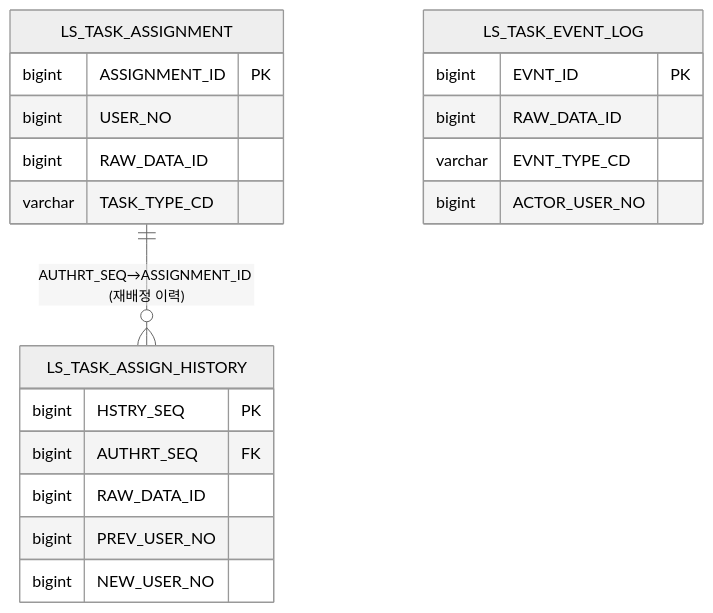
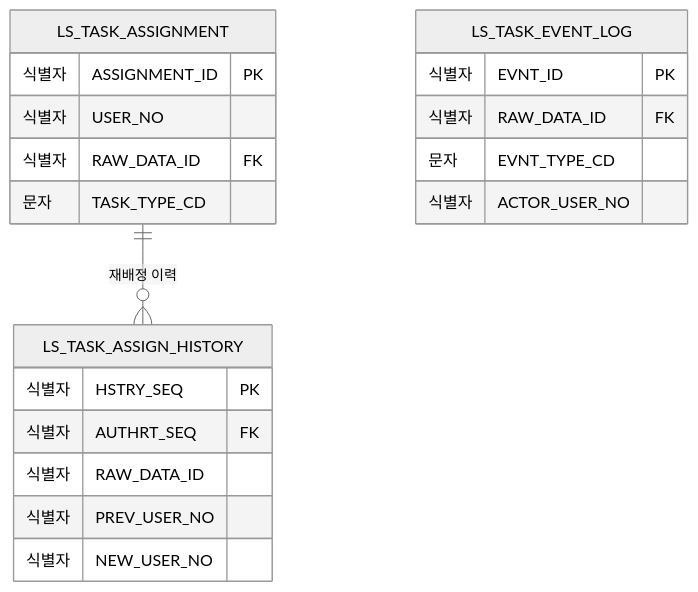
The seventh of 13 diagrams in docs/design/D8-엔티티관계모형설계서.md (New-stella/klid-label), drawn with Mermaid (neutral theme) before and after one commit. The commit also changed other lines of this file and 32 other files, not shown here.

````diff
--- a/docs/design/D8-엔티티관계모형설계서.md
+++ b/docs/design/D8-엔티티관계모형설계서.md
@@ -267,23 +279,23 @@
 ```mermaid
 erDiagram
-    LS_TASK_ASSIGNMENT ||--o{ LS_TASK_ASSIGN_HISTORY : "AUTHRT_SEQ→ASSIGNMENT_ID (재배정 이력)"
+    LS_TASK_ASSIGNMENT ||--o{ LS_TASK_ASSIGN_HISTORY : "재배정 이력"
     LS_TASK_ASSIGNMENT {
-        bigint ASSIGNMENT_ID PK
-        bigint USER_NO
-        bigint RAW_DATA_ID
-        varchar TASK_TYPE_CD
+        식별자 ASSIGNMENT_ID PK
+        식별자 USER_NO
+        식별자 RAW_DATA_ID FK
+        문자 TASK_TYPE_CD
     }
     LS_TASK_ASSIGN_HISTORY {
-        bigint HSTRY_SEQ PK
-        bigint AUTHRT_SEQ FK
-        bigint RAW_DATA_ID
-        bigint PREV_USER_NO
-        bigint NEW_USER_NO
+        식별자 HSTRY_SEQ PK
+        식별자 AUTHRT_SEQ FK
+        식별자 RAW_DATA_ID
+        식별자 PREV_USER_NO
+        식별자 NEW_USER_NO
     }
     LS_TASK_EVENT_LOG {
-        bigint EVNT_ID PK
-        bigint RAW_DATA_ID
-        varchar EVNT_TYPE_CD
-        bigint ACTOR_USER_NO
+        식별자 EVNT_ID PK
+        식별자 RAW_DATA_ID FK
+        문자 EVNT_TYPE_CD
+        식별자 ACTOR_USER_NO
     }
 ```
````
